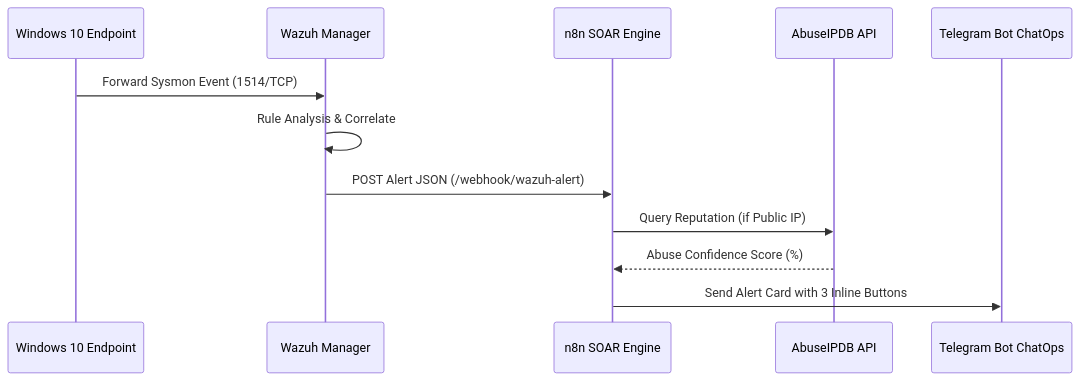
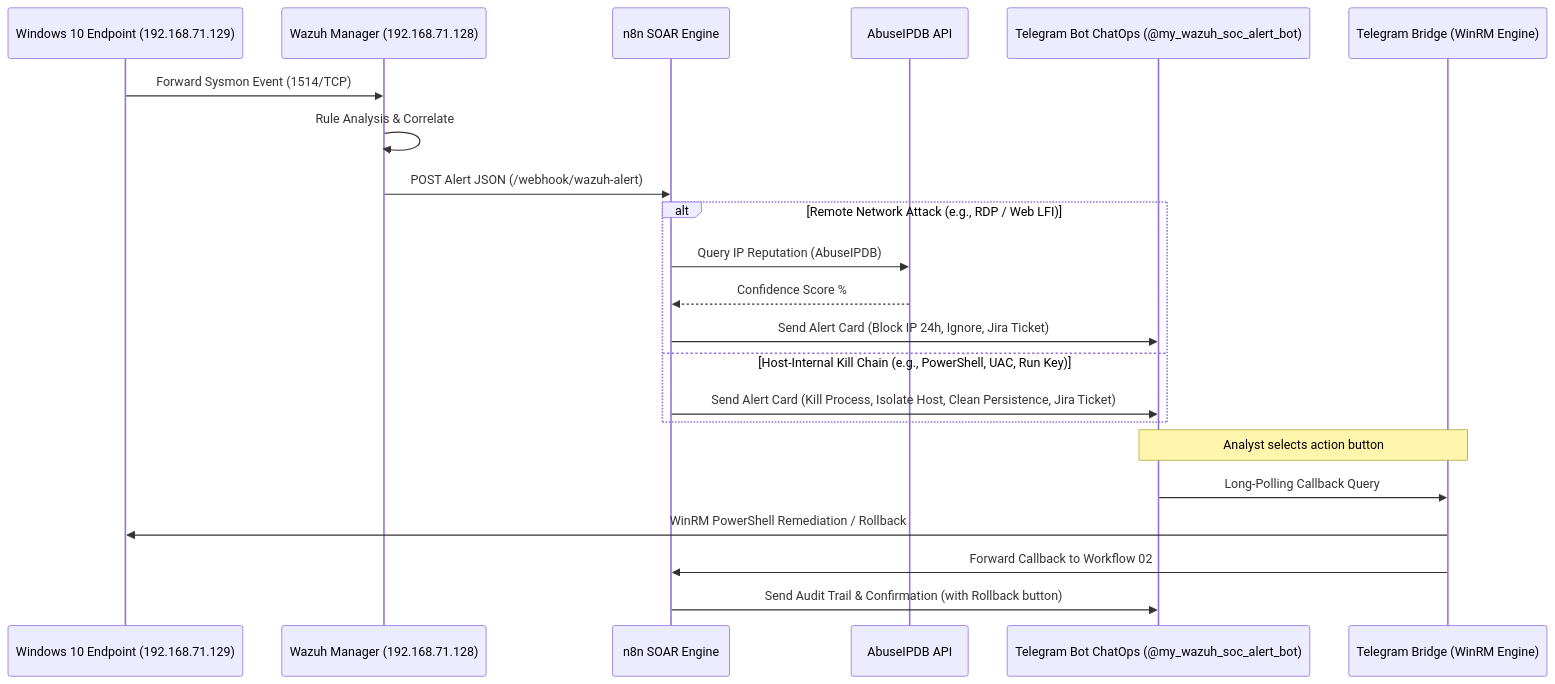
One commit to tofan0810/Wazuh-SOC-lab changed the diagram in playbooks/SOP-03_SOAR_Automated_Containment.md. Above: the diagram before and after it, drawn with Mermaid. The commit also changed other lines of this file and 5 other files, not shown here.

Commit message:
feat(soar): add closed-loop rollback, safe host isolation, and English ChatOps

````diff
--- a/playbooks/SOP-03_SOAR_Automated_Containment.md
+++ b/playbooks/SOP-03_SOAR_Automated_Containment.md
@@ -25,15 +26,26 @@
 ```mermaid
 sequenceDiagram
-    participant Endpoint as Windows 10 Endpoint
-    participant Wazuh as Wazuh Manager
+    participant Endpoint as Windows 10 Endpoint (192.168.71.129)
+    participant Wazuh as Wazuh Manager (192.168.71.128)
     participant n8n as n8n SOAR Engine
     participant Intel as AbuseIPDB API
-    participant Telegram as Telegram Bot ChatOps
+    participant Telegram as Telegram Bot ChatOps (@my_wazuh_soc_alert_bot)
+    participant Bridge as Telegram Bridge (WinRM Engine)
 
     Endpoint->>Wazuh: Forward Sysmon Event (1514/TCP)
     Wazuh->>Wazuh: Rule Analysis & Correlate
     Wazuh->>n8n: POST Alert JSON (/webhook/wazuh-alert)
-    n8n->>Intel: Query Reputation (if Public IP)
-    Intel-->>n8n: Abuse Confidence Score (%)
-    n8n->>Telegram: Send Alert Card with 3 Inline Buttons
+    alt Remote Network Attack (e.g., RDP / Web LFI)
+        n8n->>Intel: Query IP Reputation (AbuseIPDB)
+        Intel-->>n8n: Confidence Score %
+        n8n->>Telegram: Send Alert Card (Block IP 24h, Ignore, Jira Ticket)
+    else Host-Internal Kill Chain (e.g., PowerShell, UAC, Run Key)
+        n8n->>Telegram: Send Alert Card (Kill Process, Isolate Host, Clean Persistence, Jira Ticket)
+    end
+
+    Note over Telegram,Bridge: Analyst selects action button
+    Telegram->>Bridge: Long-Polling Callback Query
+    Bridge->>Endpoint: WinRM PowerShell Remediation / Rollback
+    Bridge->>n8n: Forward Callback to Workflow 02
+    n8n->>Telegram: Send Audit Trail & Confirmation (with Rollback button)
 ```
````
